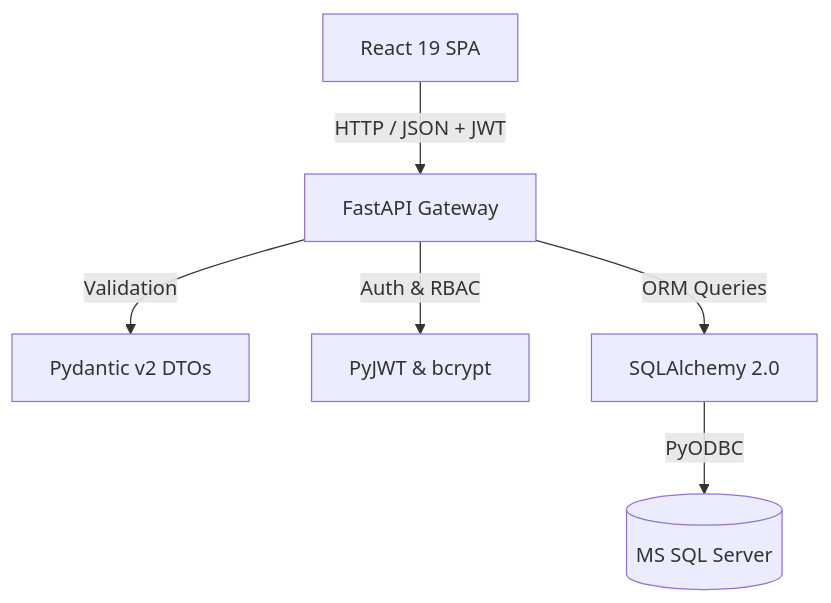
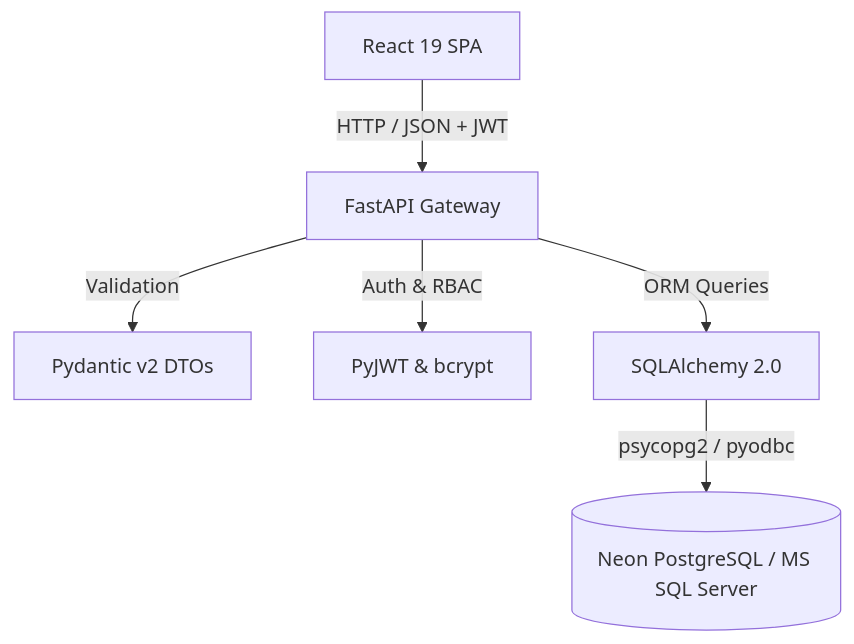
The diagram in README.md (Shimrah07/QuestFlow), drawn with Mermaid before and after one commit. The commit also changed other lines of this file and 5 other files, not shown here.

Commit message:
feat(db): make database engine database-agnostic for Neon PostgreSQL and SQL Server

````diff
--- a/README.md
+++ b/README.md
@@ -189,8 +189,8 @@
 ```mermaid
 graph TD
     Client[React 19 SPA] -->|HTTP / JSON + JWT| API[FastAPI Gateway]
     API -->|Validation| Schemas[Pydantic v2 DTOs]
     API -->|Auth & RBAC| Security[PyJWT & bcrypt]
     API -->|ORM Queries| Models[SQLAlchemy 2.0]
-    Models -->|PyODBC| DB[(MS SQL Server)]
+    Models -->|psycopg2 / pyodbc| DB[(Neon PostgreSQL / MS SQL Server)]
 ```
````
